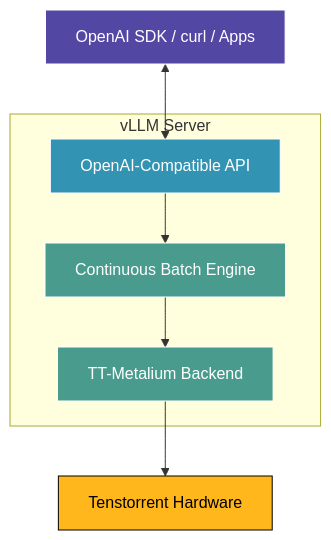
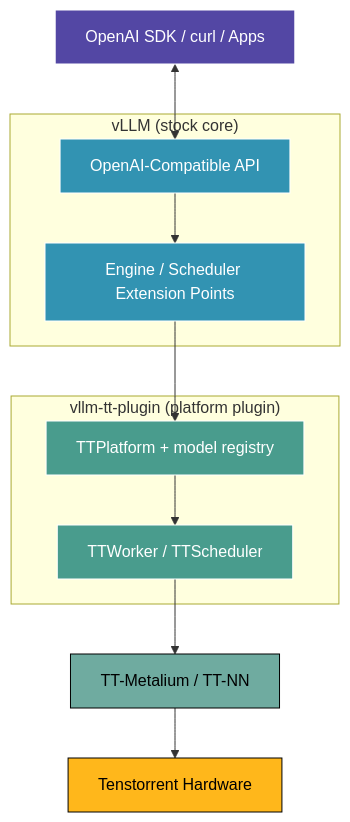
Before and after one commit to tenstorrent/tt-vscode-toolkit: the diagram in content/lessons/vllm-production.md, drawn with Mermaid. The commit also changed other lines of this file and 20 other files, not shown here.

````diff
--- a/content/lessons/vllm-production.md
+++ b/content/lessons/vllm-production.md
@@ -68,24 +128,34 @@
 ```mermaid
 graph TB
     Clients[OpenAI SDK / curl / Apps]
 
-    subgraph vLLM["vLLM Server"]
+    subgraph vLLM["vLLM (stock core)"]
         API[OpenAI-Compatible API]
-        Batch[Continuous Batch Engine]
-        Backend[TT-Metalium Backend]
+        Batch[Engine / Scheduler Extension Points]
 
         API --> Batch
-        Batch --> Backend
     end
 
+    subgraph Plugin["vllm-tt-plugin (platform plugin)"]
+        Platform[TTPlatform + model registry]
+        Worker[TTWorker / TTScheduler]
+
+        Platform --> Worker
+    end
+
+    Metal[TT-Metalium / TT-NN]
     Hardware[Tenstorrent Hardware]
 
     Clients <--> API
-    Backend --> Hardware
+    Batch --> Platform
+    Worker --> Metal
+    Metal --> Hardware
 
     style Clients fill:#5347a4,stroke:#fff,color:#fff
     style API fill:#3293b2,stroke:#fff,color:#fff
-    style Batch fill:#499c8d,stroke:#fff,color:#fff
-    style Backend fill:#499c8d,stroke:#fff,color:#fff
+    style Batch fill:#3293b2,stroke:#fff,color:#fff
+    style Platform fill:#499c8d,stroke:#fff,color:#fff
+    style Worker fill:#499c8d,stroke:#fff,color:#fff
+    style Metal fill:#6FABA0,stroke:#000,color:#000
     style Hardware fill:#ffb71b,stroke:#000,color:#000
 ```
````
